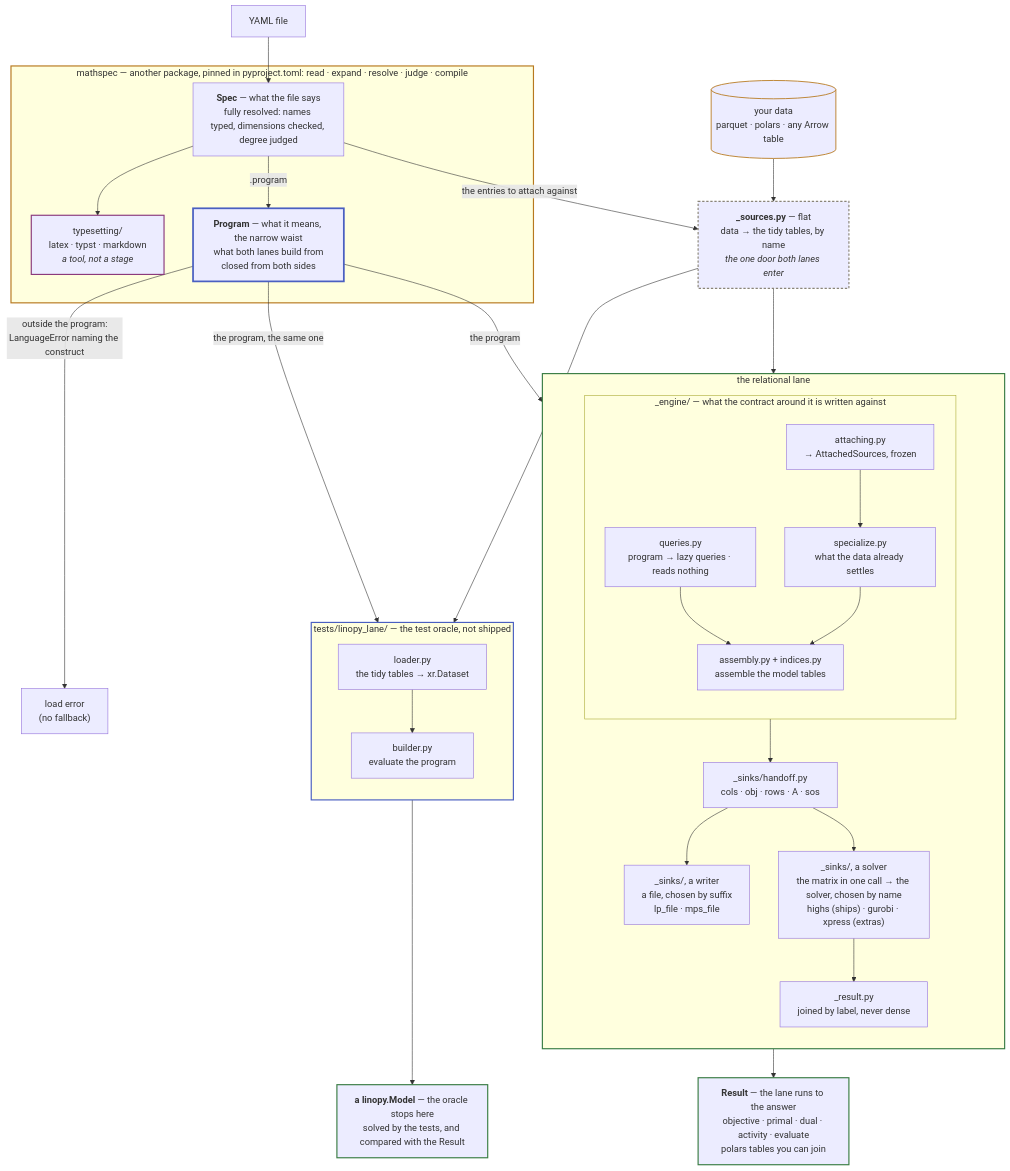
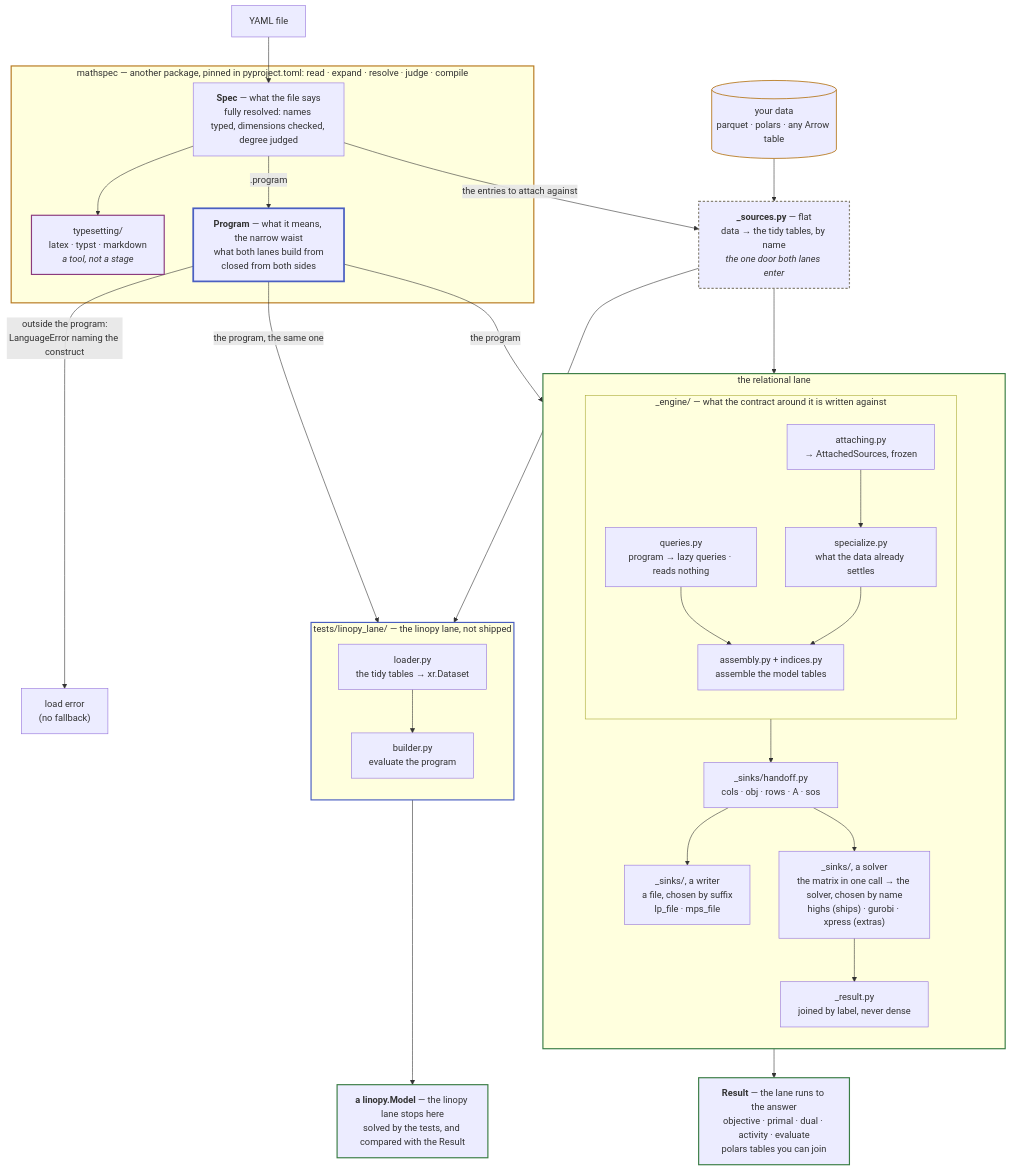
Before and after one commit to fluxopt/specsolve: the diagram in docs/development/architecture.md, drawn with Mermaid. The commit also changed other lines of this file and 39 other files, not shown here.

First line of the commit message:
chore: the linopy lane is no longer called the oracle

````diff
--- a/docs/development/architecture.md
+++ b/docs/development/architecture.md
@@ -19,60 +19,60 @@
 ```mermaid
 flowchart TB
     Y[YAML file] --> SPEC
     DATA[("your data<br/>parquet · polars · any Arrow table")] --> SRC
 
     subgraph MS["mathspec — another package, pinned in pyproject.toml: read · expand · resolve · judge · compile"]
         SPEC["<b>Spec</b> — what the file says<br/>fully resolved: names typed, dimensions checked, degree judged"]
         SPEC --> TS["typesetting/<br/>latex · typst · markdown<br/><i>a tool, not a stage</i>"]
         SPEC -->|".program"| PLAN["<b>Program</b> — what it means, the narrow waist<br/>what both lanes build from<br/>closed from both sides"]
     end
 
     SPEC -->|"the entries to attach against"| SRC
     SRC["<b>_sources.py</b> — flat<br/>data → the tidy tables, by name<br/><i>the one door both lanes enter</i>"]
 
     PLAN -->|"outside the program:<br/>LanguageError naming the construct"| ERR["load error<br/>(no fallback)"]
     PLAN -->|"the program"| QUERIES
     SRC --> ATTACH
     PLAN -->|"the program, the same one"| BUILD
     SRC --> LOAD
 
     subgraph REL["the relational lane"]
         direction TB
         subgraph ENG["_engine/ — what the contract around it is written against"]
             direction TB
             QUERIES["queries.py<br/>program → lazy queries · reads nothing"] --> ENGINE
             ATTACH["attaching.py<br/>→ AttachedSources, frozen"] --> SPECIALIZE["specialize.py<br/>what the data already settles"]
             SPECIALIZE --> ENGINE["assembly.py + indices.py<br/>assemble the model tables"]
         end
         ENG --> TABLES["_sinks/handoff.py<br/>cols · obj · rows · A · sos"]
         TABLES --> LPS["_sinks/, a writer<br/>a file, chosen by suffix<br/>lp_file · mps_file"]
         TABLES --> DIRECT["_sinks/, a solver<br/>the matrix in one call → the solver, chosen by name<br/>highs (ships) · gurobi · xpress (extras)"]
         DIRECT --> SOL["_result.py<br/>joined by label, never dense"]
     end
 
     SOL --> ANS["<b>Result</b> — the lane runs to the answer<br/>objective · primal · dual · activity · evaluate<br/>polars tables you can join"]
 
-    subgraph LIN["tests/linopy_lane/ — the test oracle, not shipped"]
+    subgraph LIN["tests/linopy_lane/ — the linopy lane, not shipped"]
         direction TB
         LOAD["loader.py<br/>the tidy tables → xr.Dataset"] --> BUILD["builder.py<br/>evaluate the program"]
     end
 
-    BUILD --> MODEL["<b>a linopy.Model</b> — the oracle stops here<br/>solved by the tests, and compared with the Result"]
+    BUILD --> MODEL["<b>a linopy.Model</b> — the linopy lane stops here<br/>solved by the tests, and compared with the Result"]
 
     classDef laneL stroke:#b7791f,stroke-width:2px
     classDef laneR stroke:#3a7d44,stroke-width:2px
     classDef laneE stroke:#4a5fc1,stroke-width:2px
     classDef laneT stroke:#8b3a7d,stroke-width:2px
     classDef waist stroke:#4a5fc1,stroke-width:3px
     classDef flat stroke:#8a8578,stroke-width:2px,stroke-dasharray:4 3
     classDef data stroke:#b7791f,stroke-width:1.5px
     classDef out stroke:#3a7d44,stroke-width:2px
     class MS laneL
     class REL laneR
     class LIN laneE
     class TS laneT
     class PLAN waist
     class SRC flat
     class DATA data
     class ANS,MODEL out
 ```
````
